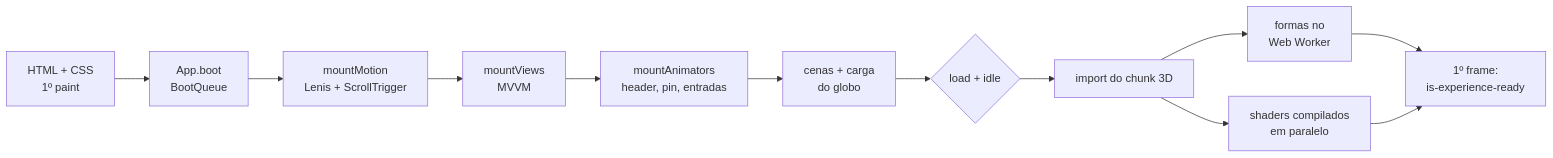
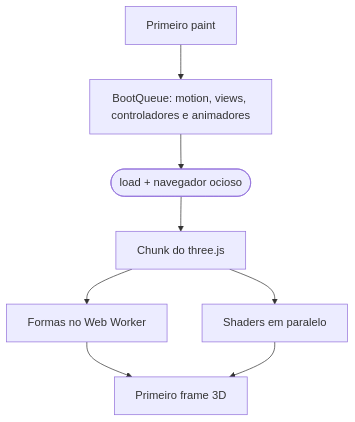
One commit to Marcos-Codfy/lp-hackarun changed the second of 2 diagrams in README.md. Above: the diagram before and after it, drawn with Mermaid. The commit also changed other lines of this file and 6 other files, not shown here.

````diff
--- a/README.md
+++ b/README.md
@@ -153,14 +292,10 @@
 ```mermaid
-flowchart LR
-  P[HTML + CSS<br/>1º paint] --> B[App.boot<br/>BootQueue]
-  B --> MO[mountMotion<br/>Lenis + ScrollTrigger]
-  MO --> V[mountViews<br/>MVVM]
-  V --> AN[mountAnimators<br/>header, pin, entradas]
-  AN --> S[cenas + carga<br/>do globo]
-  S --> L{load + idle}
-  L --> X[import do chunk 3D]
-  X --> W[formas no<br/>Web Worker]
-  X --> CO[shaders compilados<br/>em paralelo]
-  W --> R[1º frame:<br/>is-experience-ready]
-  CO --> R
+flowchart TB
+  P["Primeiro paint"] --> B["BootQueue: motion, views, controladores e animadores"]
+  B --> L(["load + navegador ocioso"])
+  L --> X["Chunk do three.js"]
+  X --> W["Formas no Web Worker"]
+  X --> S["Shaders em paralelo"]
+  W --> R["Primeiro frame 3D"]
+  S --> R
 ```
````
